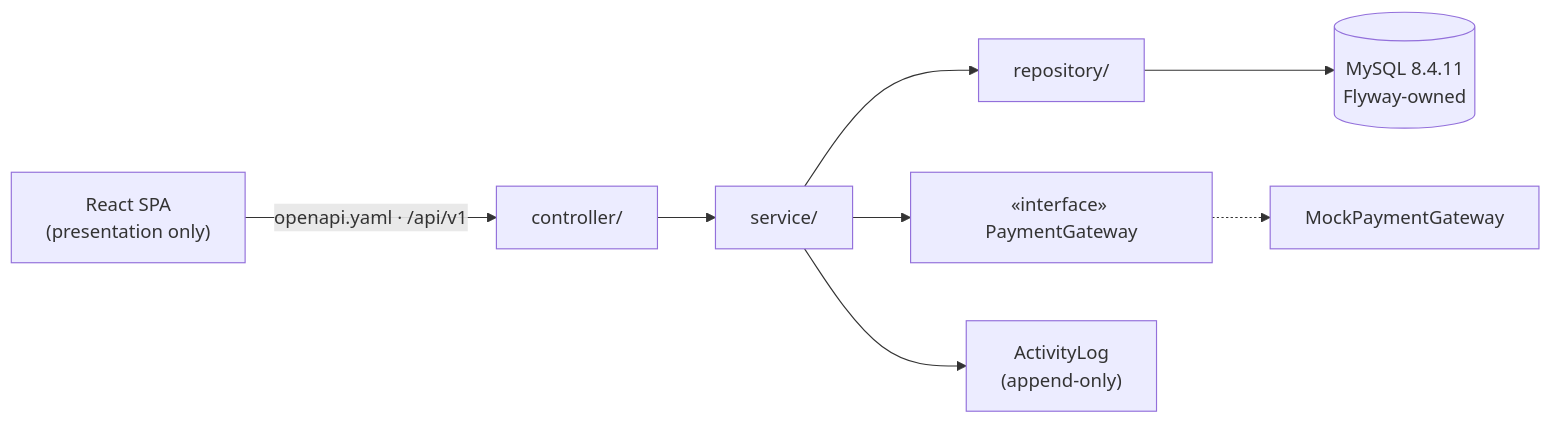
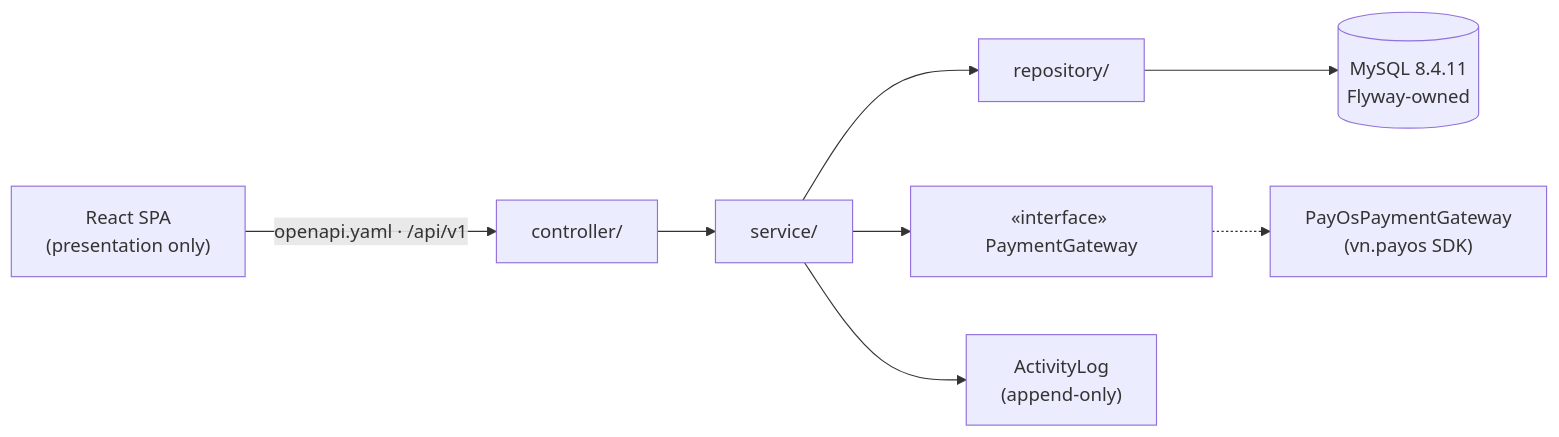
The diagram in docs/planning/architecture/architecture-storagehub-2026-09-21/ARCHITECTURE-SPINE.md (bechovang/bmad-swp-implement), drawn with Mermaid before and after one commit. The commit also changed other lines of this file and 28 other files, not shown here.

````diff
--- a/docs/planning/architecture/architecture-storagehub-2026-09-21/ARCHITECTURE-SPINE.md
+++ b/docs/planning/architecture/architecture-storagehub-2026-09-21/ARCHITECTURE-SPINE.md
@@ -130,10 +130,10 @@
 ```mermaid
 flowchart LR
   SPA["React SPA<br/>(presentation only)"] -->|"openapi.yaml · /api/v1"| CTL["controller/"]
   CTL --> SVC["service/"]
   SVC --> REPO["repository/"]
   SVC --> GW["«interface» PaymentGateway"]
-  GW -.-> MOCK["MockPaymentGateway"]
+  GW -.-> PAYOS["PayOsPaymentGateway<br/>(vn.payos SDK)"]
   REPO --> DB[("MySQL 8.4.11<br/>Flyway-owned")]
   SVC --> AL["ActivityLog<br/>(append-only)"]
 ```
````
